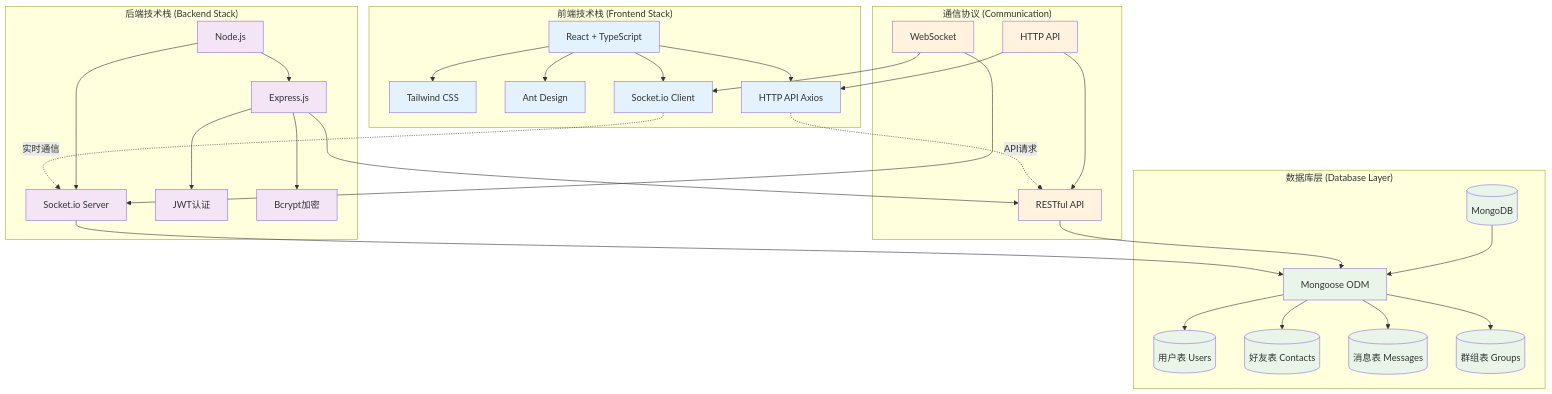
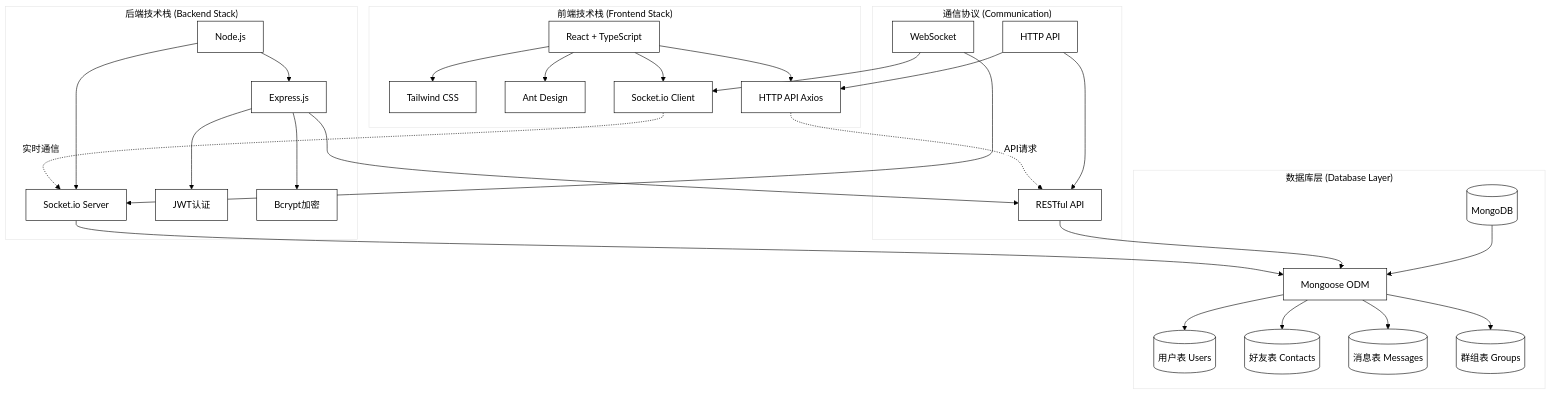
The first of 5 diagrams in chat_system_architecture_mermaid.md (hjq-cpu/graduation-project), drawn with Mermaid before and after one commit. The commit also changed other lines of this file and 4 other files, not shown here.

````diff
--- a/chat_system_architecture_mermaid.md
+++ b/chat_system_architecture_mermaid.md
@@ -5,71 +5,62 @@
 ```mermaid
+%%{init: {'theme':'base', 'themeVariables': { 'primaryColor': '#ffffff', 'primaryTextColor': '#000000', 'primaryBorderColor': '#000000', 'lineColor': '#000000', 'secondaryColor': '#ffffff', 'tertiaryColor': '#ffffff'}}}%%
 graph TB
     subgraph "前端技术栈 (Frontend Stack)"
         React[React + TypeScript]
         Tailwind[Tailwind CSS]
         AntDesign[Ant Design]
         SocketClient[Socket.io Client]
         HTTPClient[HTTP API Axios]
         
         React --> Tailwind
         React --> AntDesign
         React --> SocketClient
         React --> HTTPClient
     end
 
     subgraph "后端技术栈 (Backend Stack)"
         NodeJS[Node.js]
         Express[Express.js]
         SocketServer[Socket.io Server]
         JWT[JWT认证]
         Bcrypt[Bcrypt加密]
         
         NodeJS --> Express
         NodeJS --> SocketServer
         Express --> JWT
         Express --> Bcrypt
     end
 
     subgraph "通信协议 (Communication)"
         WebSocket[WebSocket]
         HTTP[HTTP API]
         REST[RESTful API]
         
         WebSocket --> SocketClient
         WebSocket --> SocketServer
         HTTP --> HTTPClient
         HTTP --> REST
     end
 
     SocketClient -.->|实时通信| SocketServer
     HTTPClient -.->|API请求| REST
     Express --> REST
 
     subgraph "数据库层 (Database Layer)"
         MongoDB[(MongoDB)]
         Mongoose[Mongoose ODM]
         Users[(用户表 Users)]
         Contacts[(好友表 Contacts)]
         Messages[(消息表 Messages)]
         Groups[(群组表 Groups)]
         
         MongoDB --> Mongoose
         Mongoose --> Users
         Mongoose --> Contacts
         Mongoose --> Messages
         Mongoose --> Groups
     end
 
     REST --> Mongoose
     SocketServer --> Mongoose
-
-    classDef frontend fill:#e3f2fd
-    classDef backend fill:#f3e5f5
-    classDef database fill:#e8f5e8
-    classDef communication fill:#fff3e0
-
-    class React,Tailwind,AntDesign,SocketClient,HTTPClient frontend
-    class NodeJS,Express,SocketServer,JWT,Bcrypt backend
-    class MongoDB,Mongoose,Users,Contacts,Messages,Groups database
-    class WebSocket,HTTP,REST communication
 ```
````
